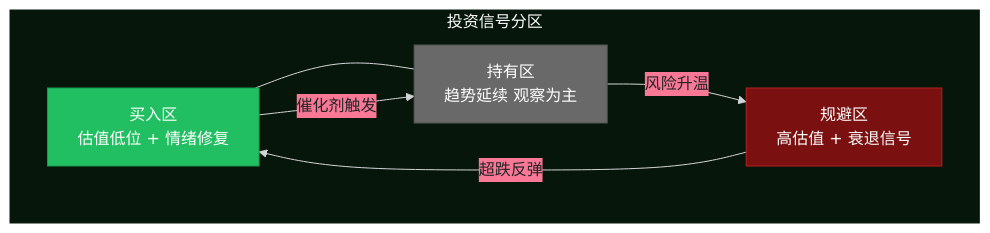
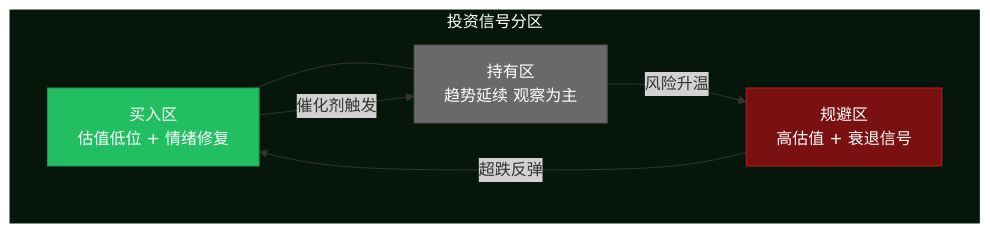
One commit to harveyzhang814/harveyz-skill changed the second of 7 diagrams in skills/writing/mermaid-diagram/tests/bcg-style-test.md. Above: the diagram before and after it, drawn with Mermaid. The commit also changed other lines of this file and 2 other files, not shown here.

First line of the commit message:
fix(mermaid-diagram): remove %%{init}%% blocks; ban in SKILL.md

````diff
--- a/skills/writing/mermaid-diagram/tests/bcg-style-test.md
+++ b/skills/writing/mermaid-diagram/tests/bcg-style-test.md
@@ -55,20 +47,16 @@
 ```mermaid
-%%{init: {"theme": "base", "themeVariables": {
-  "primaryColor": "#96F878", "primaryTextColor": "#212427",
-  "background": "#FFFFFF", "titleColor": "#0C2B15", "lineColor": "#D4D4D4"
-}}}%%
 flowchart TD
     subgraph ZONE["投资信号分区"]
         A["买入区<br/>估值低位 + 情绪修复"] --- B["持有区<br/>趋势延续 观察为主"]
         C["规避区<br/>高估值 + 衰退信号"]
     end
 
     A -->|"催化剂触发"| B
     B -->|"风险升温"| C
     C -->|"超跌反弹"| A
 
     style ZONE fill:#06160B,color:#fff,stroke:#081C0E
     style A fill:#21BF61,color:#fff,stroke:#1A994E
     style B fill:#696969,color:#fff,stroke:#545454
     style C fill:#7B1010,color:#fff,stroke:#B52020
 ```
````
